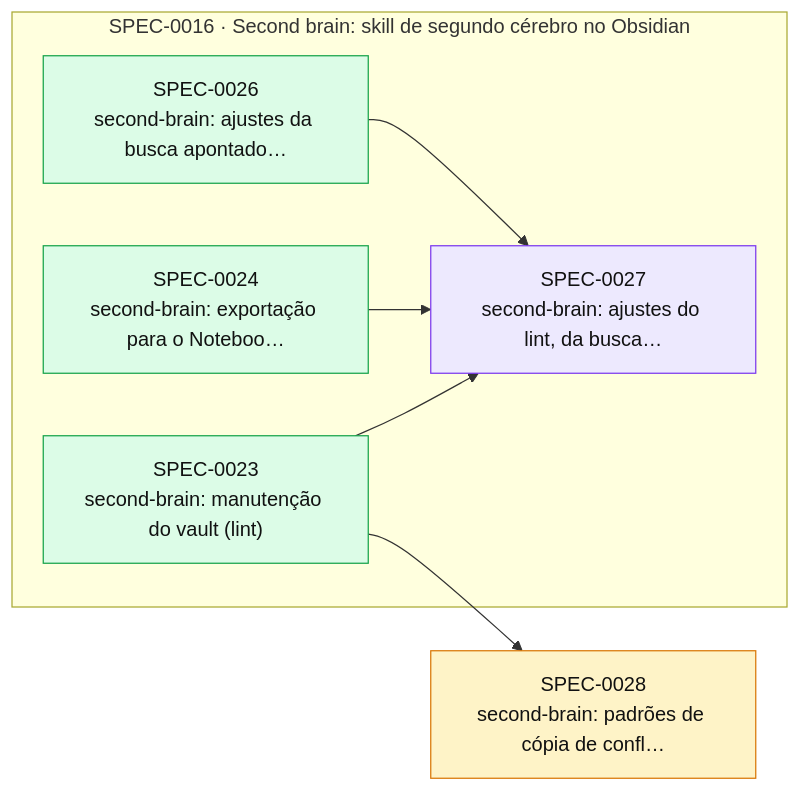
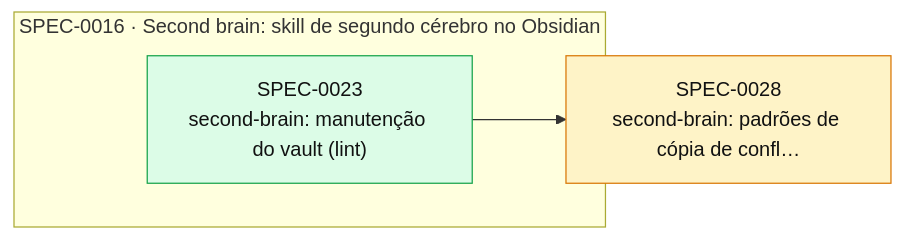
One commit to thomasravache/ai-dev-brain changed the diagram in docs/specs/INDEX.md. Above: the diagram before and after it, drawn with Mermaid. The commit also changed other lines of this file and 2 other files, not shown here.

First line of the commit message:
docs(specs): Relatório de Entrega e fechamento do épico SPEC-0016

````diff
--- a/docs/specs/INDEX.md
+++ b/docs/specs/INDEX.md
@@ -46,19 +45,13 @@
 ```mermaid
 flowchart LR
   S0028["SPEC-0028<br/>second-brain: padrões de cópia de confl…"]:::proposed
   subgraph E0016["SPEC-0016 · Second brain: skill de segundo cérebro no Obsidian"]
     S0023["SPEC-0023<br/>second-brain: manutenção do vault (lint)"]:::implemented
-    S0024["SPEC-0024<br/>second-brain: exportação para o Noteboo…"]:::implemented
-    S0026["SPEC-0026<br/>second-brain: ajustes da busca apontado…"]:::implemented
-    S0027["SPEC-0027<br/>second-brain: ajustes do lint, da busca…"]:::inprogress
   end
-  S0023 --> S0027
-  S0024 --> S0027
-  S0026 --> S0027
   S0023 --> S0028
   classDef proposed fill:#fef3c7,stroke:#d97706,color:#111
   classDef approved fill:#dbeafe,stroke:#2563eb,color:#111
   classDef inprogress fill:#ede9fe,stroke:#7c3aed,color:#111
   classDef implemented fill:#dcfce7,stroke:#16a34a,color:#111
   classDef deprecated fill:#f3f4f6,stroke:#9ca3af,color:#6b7280
 ```
````
